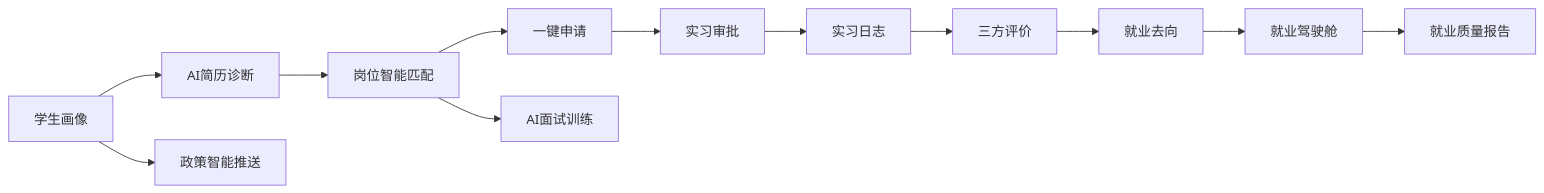
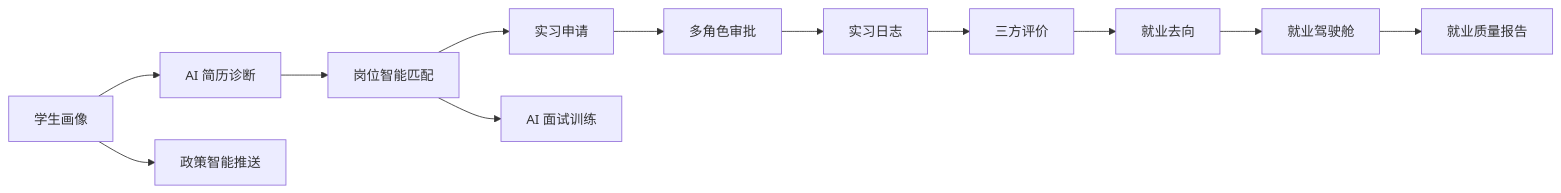
The second of 2 diagrams in README.md (lizinian-42/fit-job), drawn with Mermaid before and after one commit. The commit also changed other lines of this file and 12 other files, not shown here.

````diff
--- a/README.md
+++ b/README.md
@@ -89,14 +62,14 @@
 ```mermaid
 flowchart LR
-    A["学生画像"] --> B["AI简历诊断"]
+    A["学生画像"] --> B["AI 简历诊断"]
     B --> C["岗位智能匹配"]
-    C --> D["一键申请"]
-    D --> E["实习审批"]
+    C --> D["实习申请"]
+    D --> E["多角色审批"]
     E --> F["实习日志"]
     F --> G["三方评价"]
     G --> H["就业去向"]
     H --> I["就业驾驶舱"]
     I --> J["就业质量报告"]
     A --> K["政策智能推送"]
-    C --> L["AI面试训练"]
+    C --> L["AI 面试训练"]
 ```
````
